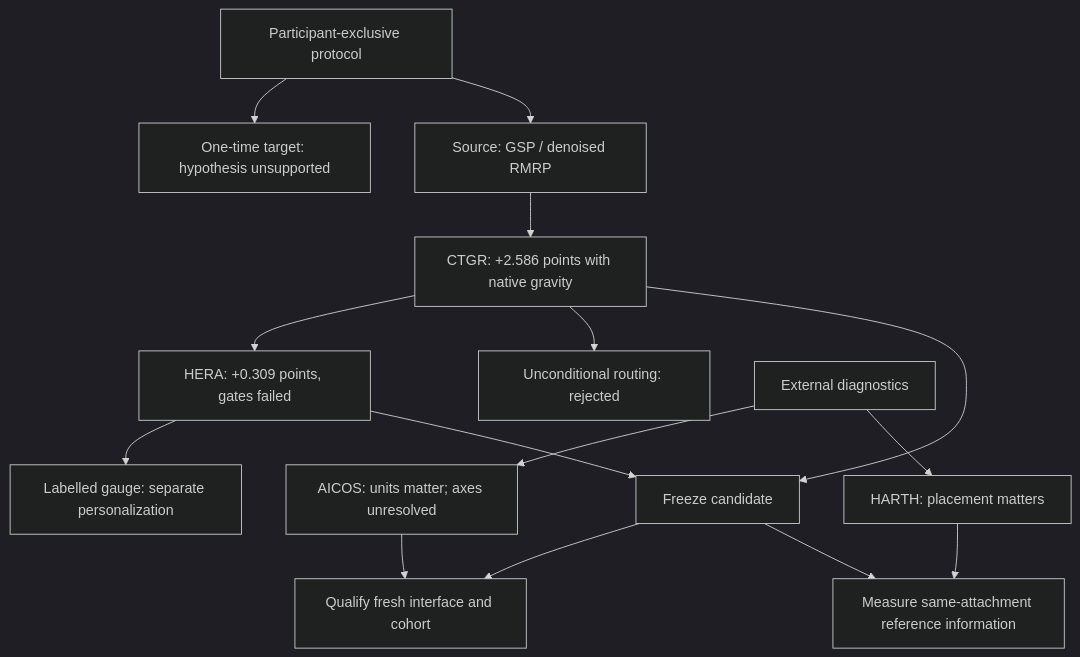
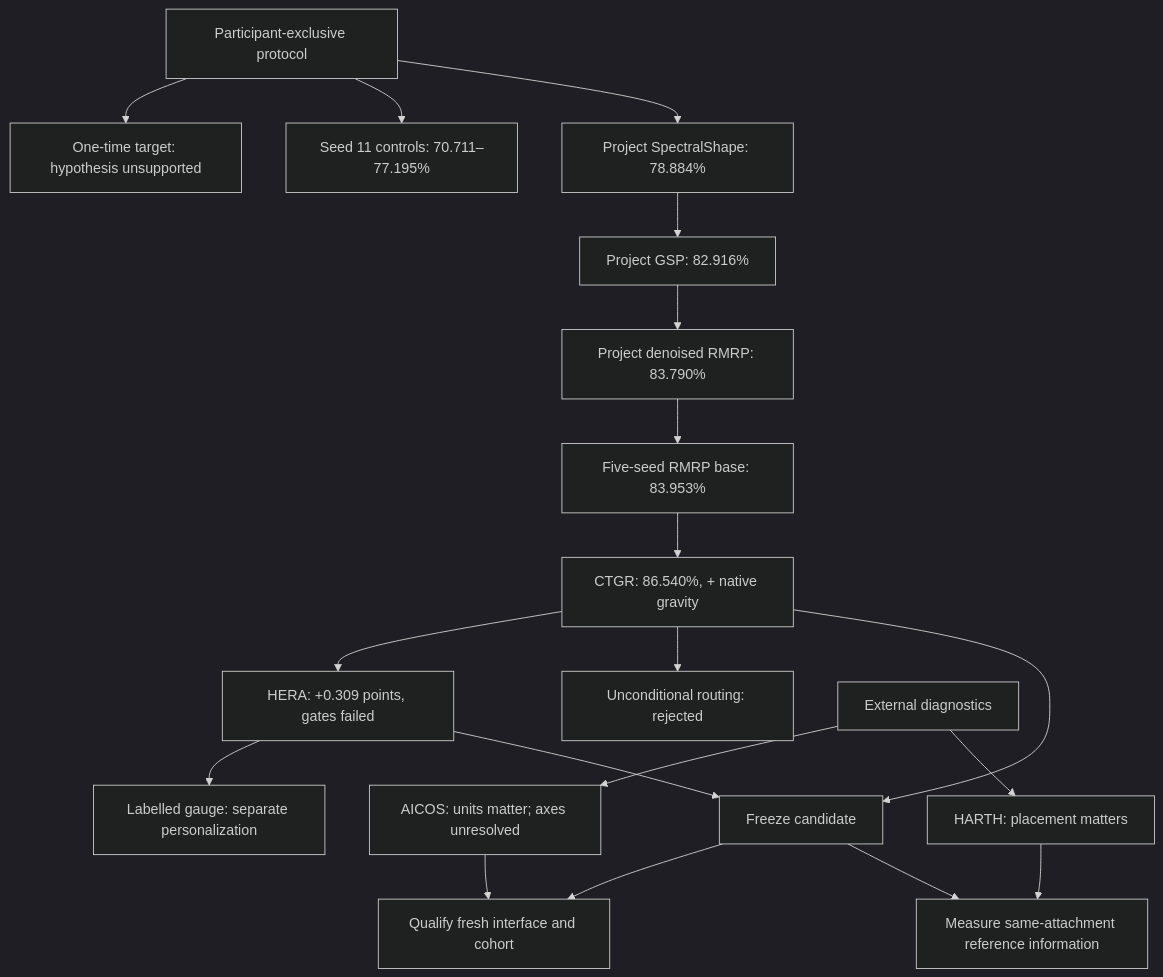
Before and after one commit to abdullahuseyinli-dot/inclusive-shift-har: the diagram in docs/research/README.md, drawn with Mermaid (dark theme). The commit also changed other lines of this file and 28 other files, not shown here.

````diff
--- a/docs/research/README.md
+++ b/docs/research/README.md
@@ -72,17 +85,21 @@
 ```mermaid
 flowchart TD
     V["Participant-exclusive protocol"] --> L["One-time target: hypothesis unsupported"]
-    V --> G["Source: GSP / denoised RMRP"]
-    G --> C["CTGR: +2.586 points with native gravity"]
+    V --> X["Seed 11 controls: 70.711–77.195%"]
+    V --> S["Project SpectralShape: 78.884%"]
+    S --> G["Project GSP: 82.916%"]
+    G --> R["Project denoised RMRP: 83.790%"]
+    R --> B["Five-seed RMRP base: 83.953%"]
+    B --> C["CTGR: 86.540%, + native gravity"]
     C --> H["HERA: +0.309 points, gates failed"]
     C --> U["Unconditional routing: rejected"]
     H --> Q["Labelled gauge: separate personalization"]
     C --> F["Freeze candidate"]
     H --> F
     E["External diagnostics"] --> A["AICOS: units matter; axes unresolved"]
     E --> T["HARTH: placement matters"]
     A --> N["Qualify fresh interface and cohort"]
     T --> P["Measure same-attachment reference information"]
     F --> N
     F --> P
 ```
````
